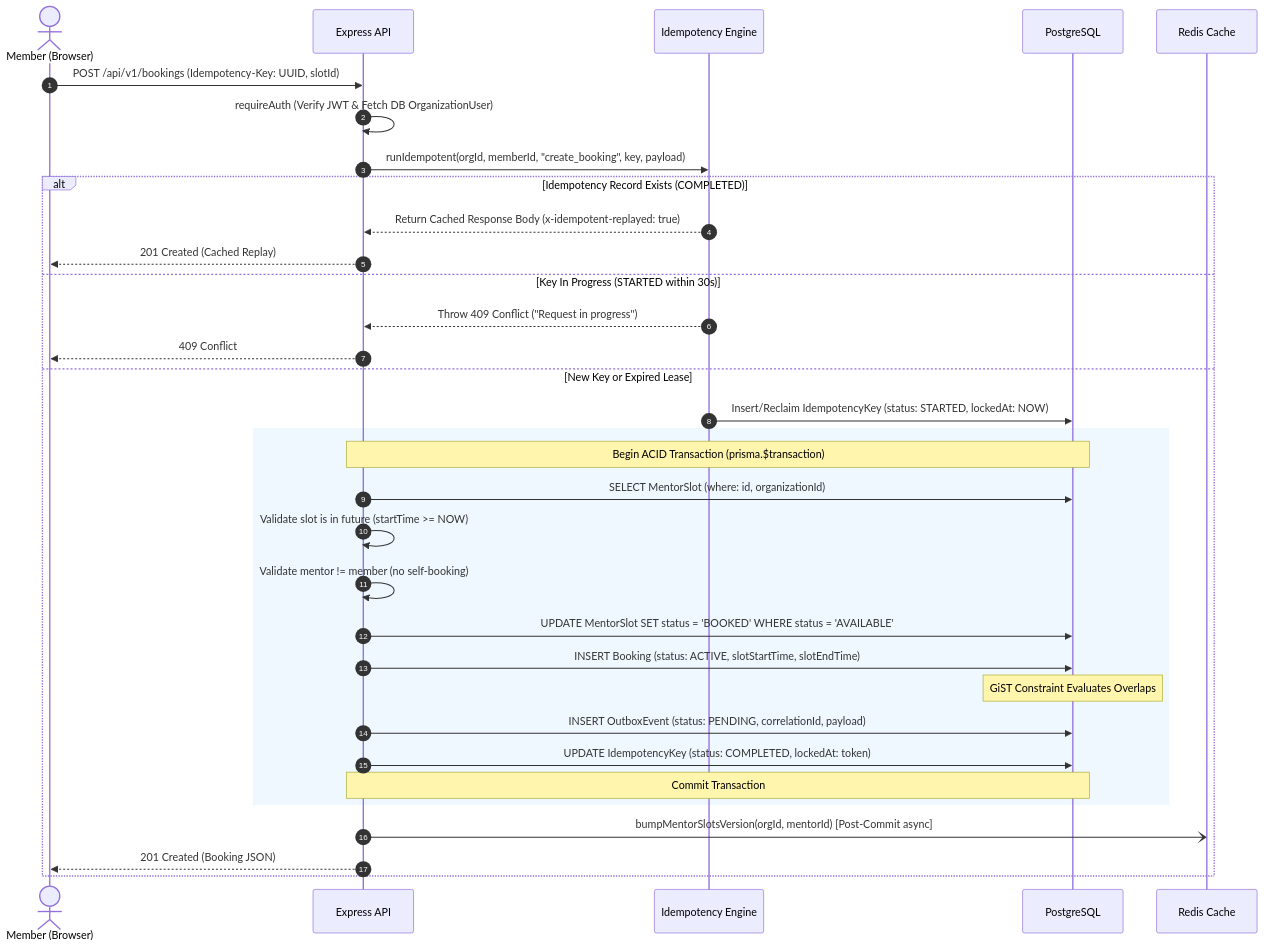
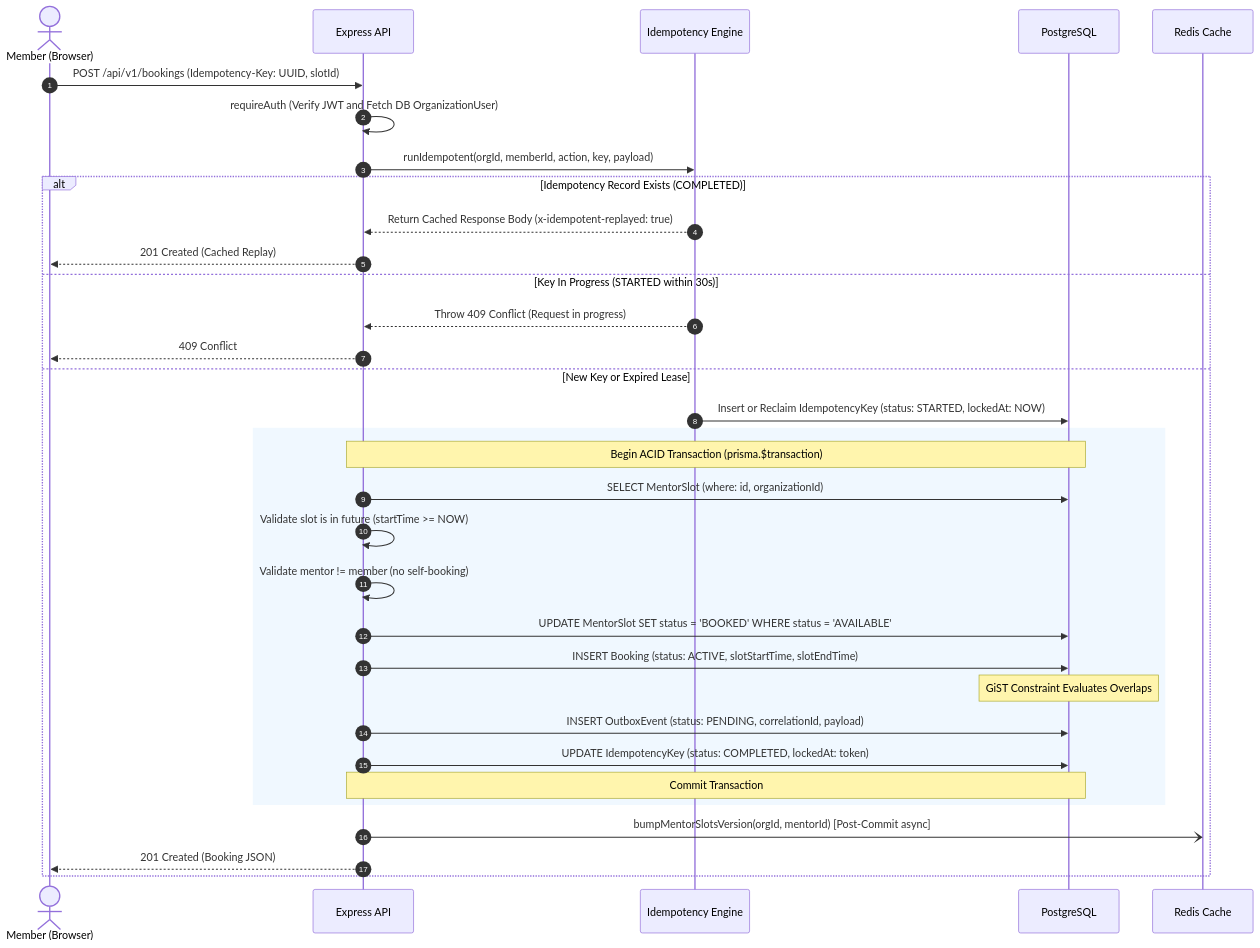
One commit to muralimano28/chronus-take-home-task changed the third of 6 diagrams in docs/architecture.md. Above: the diagram before and after it, drawn with Mermaid. The commit also changed other lines of this file and 4 other files, not shown here.

````diff
--- a/docs/architecture.md
+++ b/docs/architecture.md
@@ -236,39 +236,39 @@
 ```mermaid
 sequenceDiagram
     autonumber
     actor Member as Member (Browser)
     participant API as Express API
     participant Idemp as Idempotency Engine
     participant DB as PostgreSQL
     participant Redis as Redis Cache
 
     Member->>API: POST /api/v1/bookings (Idempotency-Key: UUID, slotId)
-    API->>API: requireAuth (Verify JWT & Fetch DB OrganizationUser)
-    API->>Idemp: runIdempotent(orgId, memberId, "create_booking", key, payload)
+    API->>API: requireAuth (Verify JWT and Fetch DB OrganizationUser)
+    API->>Idemp: runIdempotent(orgId, memberId, action, key, payload)
     
     alt Idempotency Record Exists (COMPLETED)
         Idemp-->>API: Return Cached Response Body (x-idempotent-replayed: true)
         API-->>Member: 201 Created (Cached Replay)
     else Key In Progress (STARTED within 30s)
-        Idemp-->>API: Throw 409 Conflict ("Request in progress")
+        Idemp-->>API: Throw 409 Conflict (Request in progress)
         API-->>Member: 409 Conflict
     else New Key or Expired Lease
-        Idemp->>DB: Insert/Reclaim IdempotencyKey (status: STARTED, lockedAt: NOW)
+        Idemp->>DB: Insert or Reclaim IdempotencyKey (status: STARTED, lockedAt: NOW)
         
         rect rgb(240, 248, 255)
-            note over API,DB: Begin ACID Transaction (prisma.$transaction)
+            Note over API,DB: Begin ACID Transaction (prisma.$transaction)
             API->>DB: SELECT MentorSlot (where: id, organizationId)
             API->>API: Validate slot is in future (startTime >= NOW)
             API->>API: Validate mentor != member (no self-booking)
             API->>DB: UPDATE MentorSlot SET status = 'BOOKED' WHERE status = 'AVAILABLE'
             API->>DB: INSERT Booking (status: ACTIVE, slotStartTime, slotEndTime)
-            note over DB: GiST Constraint Evaluates Overlaps
+            Note over DB: GiST Constraint Evaluates Overlaps
             API->>DB: INSERT OutboxEvent (status: PENDING, correlationId, payload)
             API->>DB: UPDATE IdempotencyKey (status: COMPLETED, lockedAt: token)
-            note over API,DB: Commit Transaction
+            Note over API,DB: Commit Transaction
         end
 
         API-)Redis: bumpMentorSlotsVersion(orgId, mentorId) [Post-Commit async]
         API-->>Member: 201 Created (Booking JSON)
     end
 ```
````
